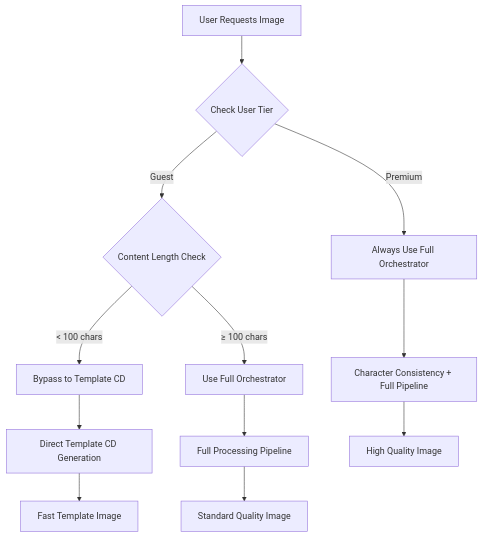
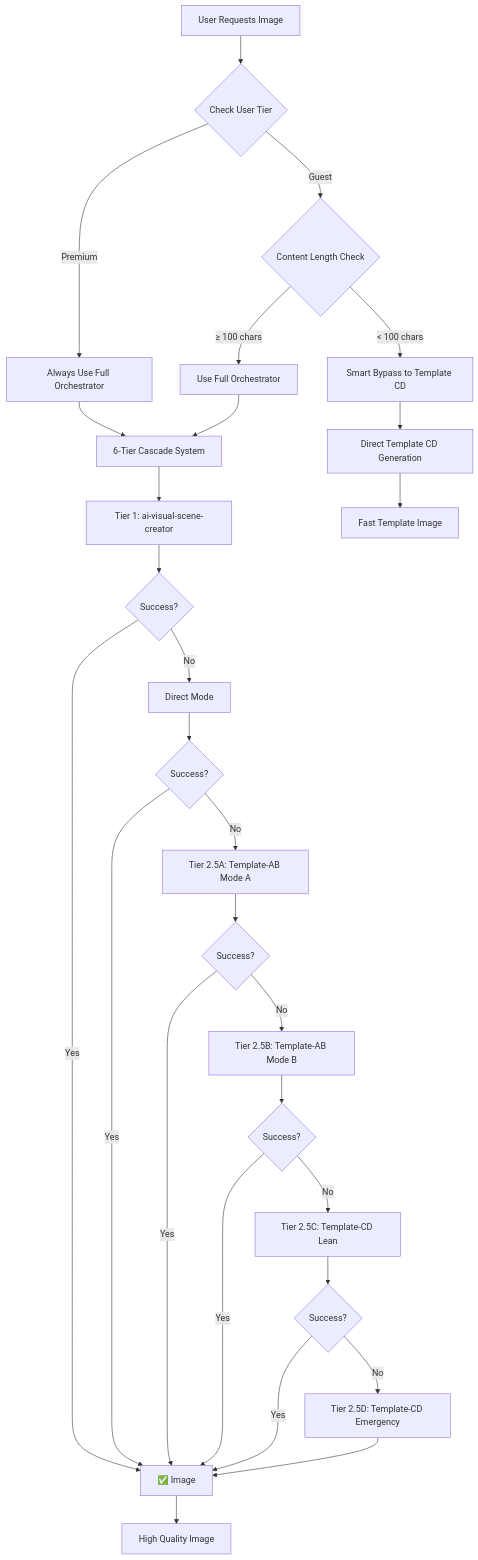
Before and after one commit to seq23/dailystory: the diagram in docs/IMAGE_GENERATION_IMPROVEMENTS_2025_09_28.md, drawn with Mermaid. The commit also changed other lines of this file and 7 other files, not shown here.

````diff
--- a/docs/IMAGE_GENERATION_IMPROVEMENTS_2025_09_28.md
+++ b/docs/IMAGE_GENERATION_IMPROVEMENTS_2025_09_28.md
@@ -144,16 +144,38 @@
 ```mermaid
 graph TD
     A[User Requests Image] --> B{Check User Tier}
     B -->|Premium| C[Always Use Full Orchestrator]
     B -->|Guest| D{Content Length Check}
-    D -->|< 100 chars| E[Bypass to Template CD]
+    D -->|< 100 chars| E[Smart Bypass to Template CD]
     D -->|≥ 100 chars| F[Use Full Orchestrator]
     
-    C --> G[Character Consistency + Full Pipeline]
+    C --> G[6-Tier Cascade System]
     E --> H[Direct Template CD Generation]
-    F --> I[Full Processing Pipeline]
+    F --> G
     
-    G --> J[High Quality Image]
-    H --> K[Fast Template Image]
-    I --> L[Standard Quality Image]
+    G --> I[Tier 1: ai-visual-scene-creator]
+    I --> J{Success?}
+    J -->|Yes| K[✅ Image]
+    J -->|No| L[Direct Mode]
+    
+    L --> M{Success?}
+    M -->|Yes| K
+    M -->|No| N[Tier 2.5A: Template-AB Mode A]
+    
+    N --> O{Success?}
+    O -->|Yes| K
+    O -->|No| P[Tier 2.5B: Template-AB Mode B]
+    
+    P --> Q{Success?}
+    Q -->|Yes| K
+    Q -->|No| R[Tier 2.5C: Template-CD Lean]
+    
+    R --> S{Success?}
+    S -->|Yes| K
+    S -->|No| T[Tier 2.5D: Template-CD Emergency]
+    
+    T --> K
+    
+    H --> U[Fast Template Image]
+    K --> V[High Quality Image]
 ```
````
